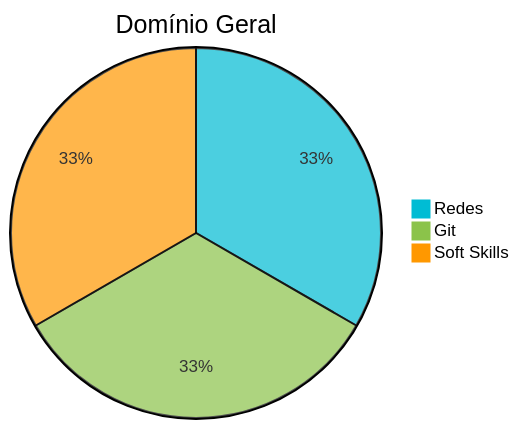
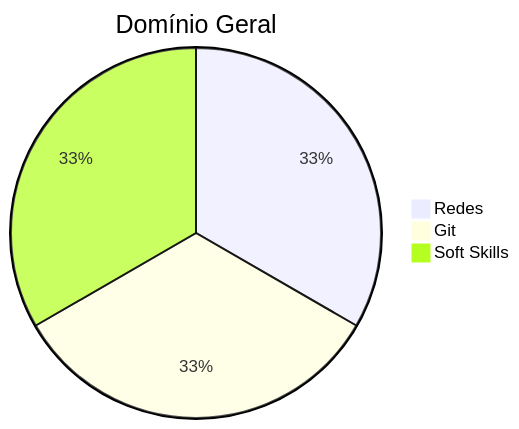
Before and after one commit to psantiago20/Desafio_Alpha01: the fourth of 4 diagrams in index.md, drawn with Mermaid. The commit also changed other lines of this file, not shown here.

````diff
--- a/index.md
+++ b/index.md
@@ -306,11 +296,6 @@
 ```mermaid
-%%{init: {"theme": "default", "themeVariables": {
-    "pie1": "#00BCD4",
-    "pie2": "#8BC34A",
-    "pie3": "#FF9800"
-}}}%%
 pie title Domínio Geral
   "Redes" : 33
   "Git" : 33
   "Soft Skills" : 33
 ```
````
